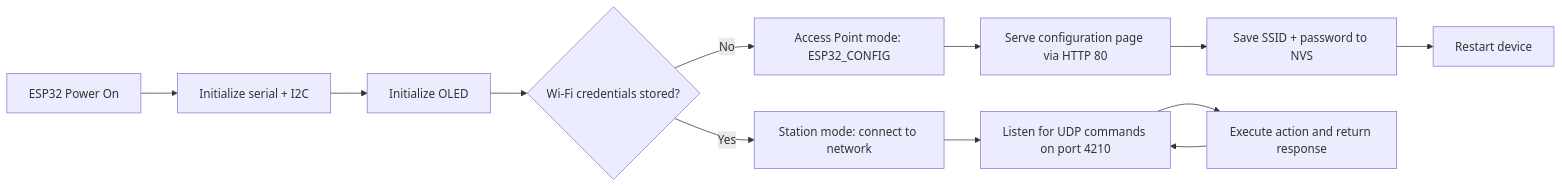
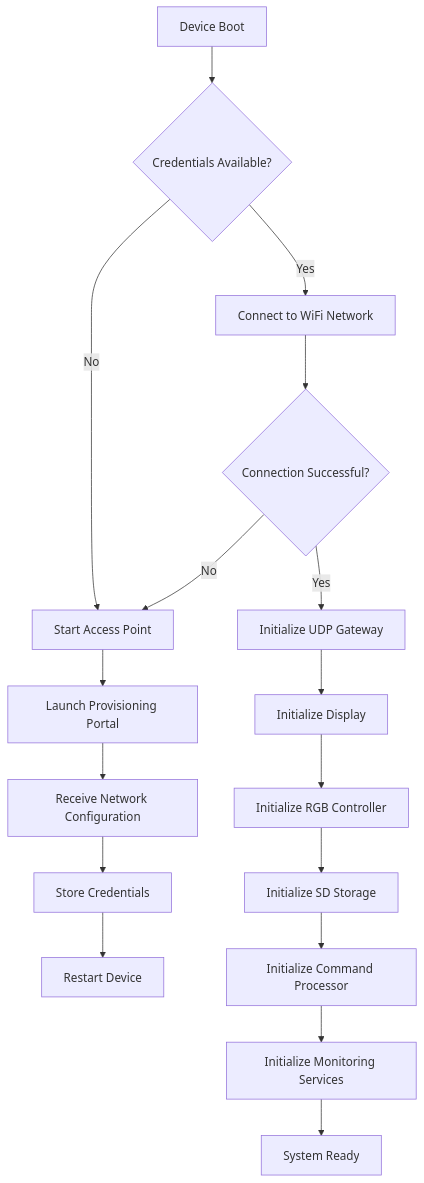
One commit to paulocfmarques-collab/esp32_wifi changed the second of 5 diagrams in README.md. Above: the diagram before and after it, drawn with Mermaid. The commit also changed other lines of this file, not shown here.

````diff
--- a/README.md
+++ b/README.md
@@ -138,14 +74,25 @@
 ```mermaid
-flowchart LR
-    A[ESP32 Power On] --> B[Initialize serial + I2C]
-    B --> C[Initialize OLED]
-    C --> D{Wi-Fi credentials stored?}
-    D -->|No| E[Access Point mode: ESP32_CONFIG]
-    D -->|Yes| F[Station mode: connect to network]
-    E --> G[Serve configuration page via HTTP 80]
-    F --> H[Listen for UDP commands on port 4210]
-    G --> I[Save SSID + password to NVS]
-    I --> J[Restart device]
-    H --> K[Execute action and return response]
-    K --> H
+flowchart TD
+
+    A[Device Boot] --> B{Credentials Available?}
+
+    B -- No --> C[Start Access Point]
+    C --> D[Launch Provisioning Portal]
+    D --> E[Receive Network Configuration]
+    E --> F[Store Credentials]
+    F --> G[Restart Device]
+
+    B -- Yes --> H[Connect to WiFi Network]
+
+    H --> I{Connection Successful?}
+
+    I -- No --> C
+
+    I -- Yes --> J[Initialize UDP Gateway]
+    J --> K[Initialize Display]
+    K --> L[Initialize RGB Controller]
+    L --> M[Initialize SD Storage]
+    M --> N[Initialize Command Processor]
+    N --> O[Initialize Monitoring Services]
+    O --> P[System Ready]
 ```
````
